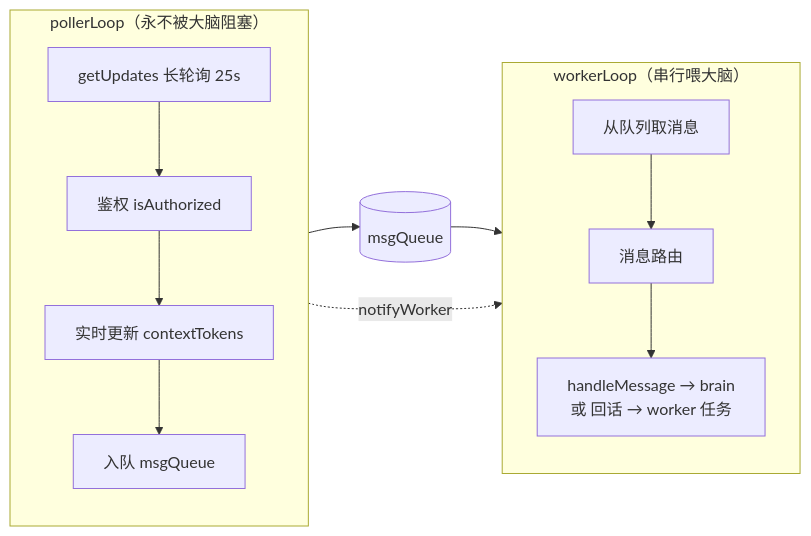
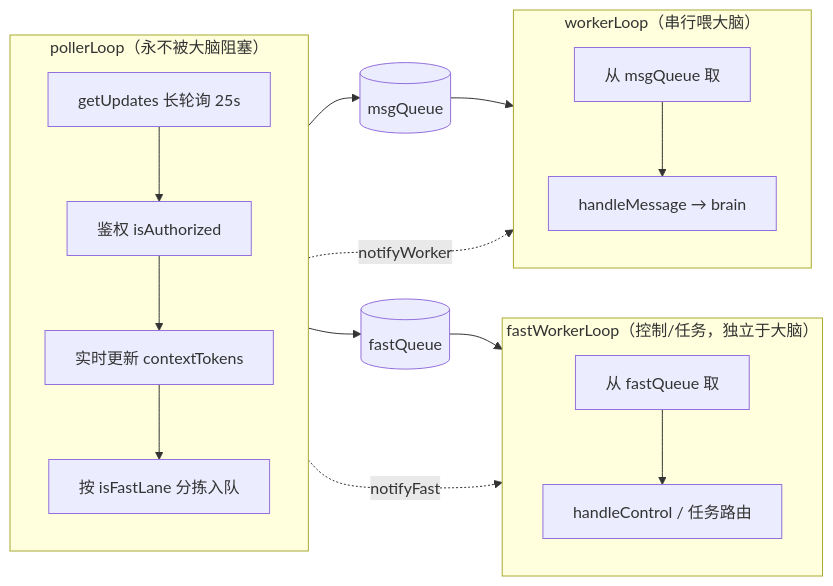
One commit to imwangpan/WeMind changed the fourth of 6 diagrams in docs/repowiki/02-系统架构.md. Above: the diagram before and after it, drawn with Mermaid. The commit also changed other lines of this file and 8 other files, not shown here.

````diff
--- a/docs/repowiki/02-系统架构.md
+++ b/docs/repowiki/02-系统架构.md
@@ -116,21 +116,29 @@
 ```mermaid
 graph LR
     subgraph poller["pollerLoop（永不被大脑阻塞）"]
         direction TB
         P1["getUpdates 长轮询 25s"]
         P2["鉴权 isAuthorized"]
         P3["实时更新 contextTokens"]
-        P4["入队 msgQueue"]
+        P4["按 isFastLane 分拣入队"]
         P1 --> P2 --> P3 --> P4
+    end
+    subgraph fast["fastWorkerLoop（控制/任务，独立于大脑）"]
+        direction TB
+        F1["从 fastQueue 取"]
+        F2["handleControl / 任务路由"]
+        F1 --> F2
     end
     subgraph worker["workerLoop（串行喂大脑）"]
         direction TB
-        W1["从队列取消息"]
-        W2["消息路由"]
-        W3["handleMessage → brain<br/>或 回话 → worker 任务"]
-        W1 --> W2 --> W3
+        W1["从 msgQueue 取"]
+        W2["handleMessage → brain"]
+        W1 --> W2
     end
+    P4 -. notifyFast .-> F1
     P4 -. notifyWorker .-> W1
     QUEUE[("msgQueue")]
+    FASTQ[("fastQueue")]
     P4 --> QUEUE --> W1
+    P4 --> FASTQ --> F1
 ```
````
